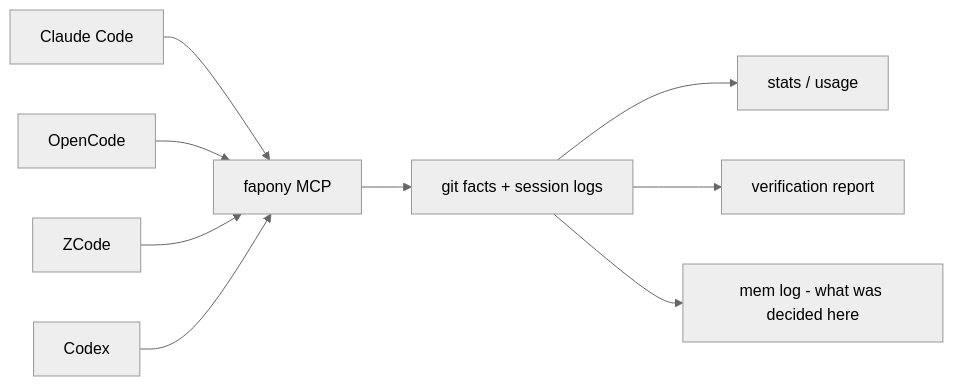
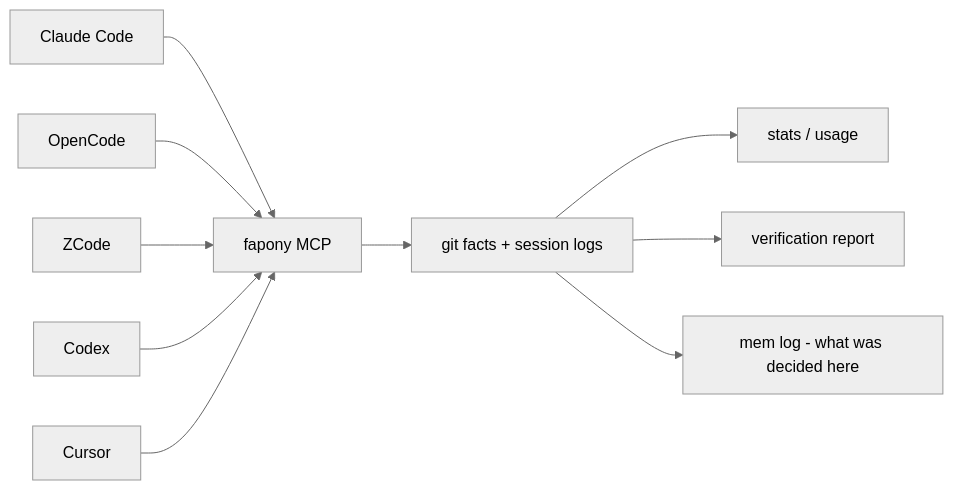
The first of 4 diagrams in README.md (inonix-dev/fapony), drawn with Mermaid (neutral theme) before and after one commit. The commit also changed other lines of this file and 7 other files, not shown here.

````diff
--- a/README.md
+++ b/README.md
@@ -154,11 +154,12 @@
 ```mermaid
 flowchart LR
     A[Claude Code] --> F[fapony MCP]
     B[OpenCode] --> F
     C[ZCode] --> F
     D[Codex] --> F
+    E[Cursor] --> F
     F --> G[git facts + session logs]
     G --> S[stats / usage]
     G --> V[verification report]
     G --> M[mem log - what was decided here]
 ```
````
